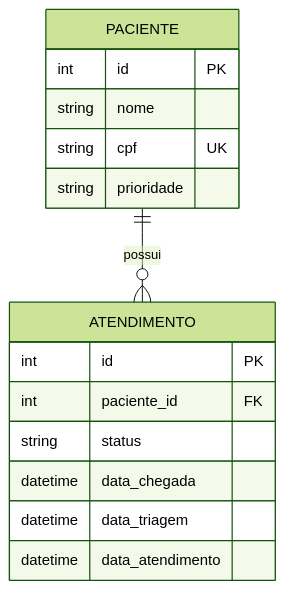
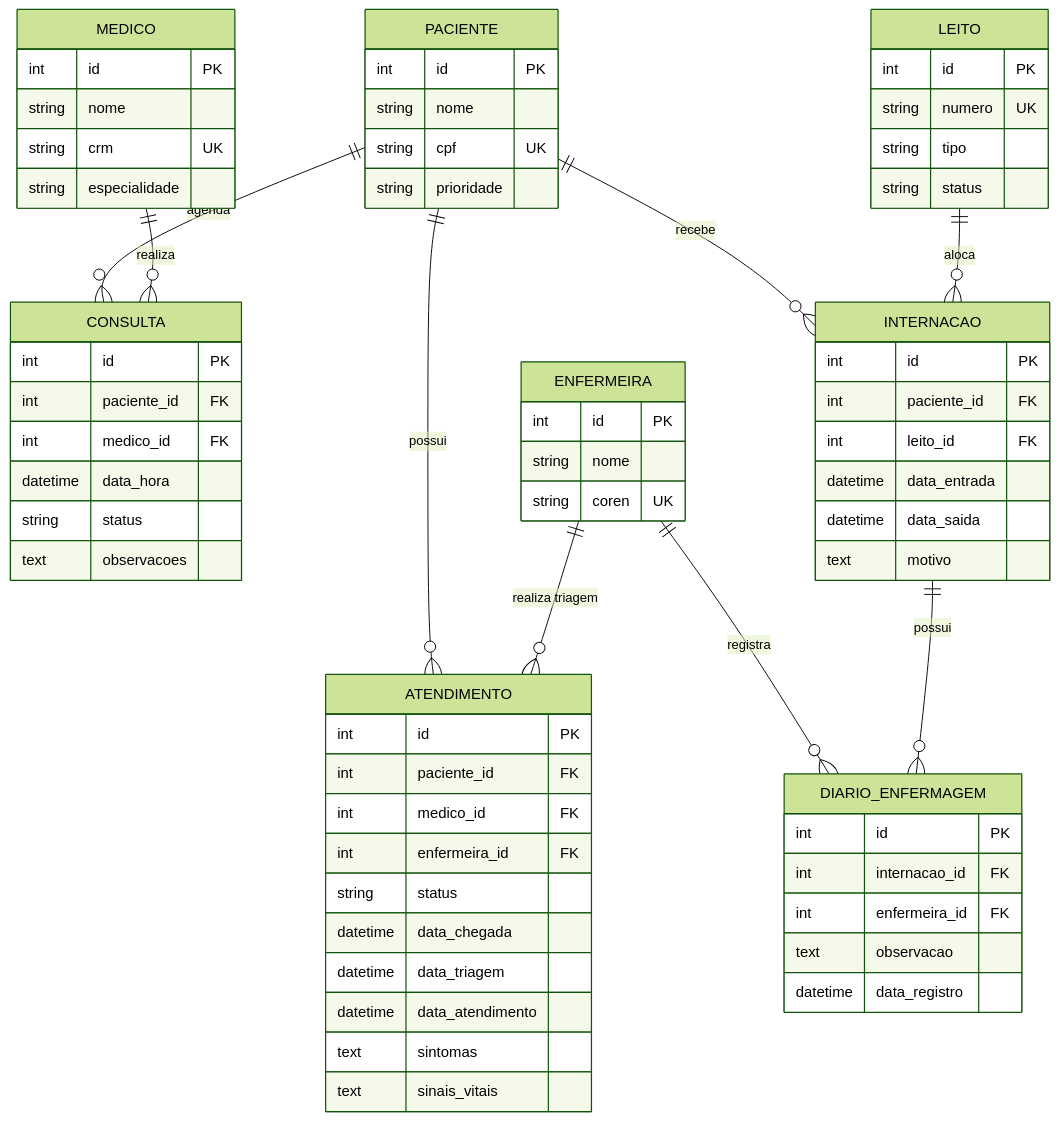
The diagram in MER_Diagrama.md (plfrancisco/Hospital_Atendimento), drawn with Mermaid (forest theme) before and after one commit. The commit also changed other lines of this file and 37 other files, not shown here.

````diff
--- a/MER_Diagrama.md
+++ b/MER_Diagrama.md
@@ -3,20 +3,77 @@
 ```mermaid
 erDiagram
     PACIENTE ||--o{ ATENDIMENTO : "possui"
+    PACIENTE ||--o{ CONSULTA : "agenda"
+    MEDICO ||--o{ CONSULTA : "realiza"
+    PACIENTE ||--o{ INTERNACAO : "recebe"
+    LEITO ||--o{ INTERNACAO : "aloca"
+    ENFERMEIRA ||--o{ ATENDIMENTO : "realiza triagem"
+    ENFERMEIRA ||--o{ DIARIO_ENFERMAGEM : "registra"
+    INTERNACAO ||--o{ DIARIO_ENFERMAGEM : "possui"
 
     PACIENTE {
         int id PK
         string nome
         string cpf UK
         string prioridade
     }
 
     ATENDIMENTO {
         int id PK
         int paciente_id FK
+        int medico_id FK
+        int enfermeira_id FK
         string status
         datetime data_chegada
         datetime data_triagem
         datetime data_atendimento
+        text sintomas
+        text sinais_vitais
+    }
+
+    MEDICO {
+        int id PK
+        string nome
+        string crm UK
+        string especialidade
+    }
+
+    ENFERMEIRA {
+        int id PK
+        string nome
+        string coren UK
+    }
+
+    CONSULTA {
+        int id PK
+        int paciente_id FK
+        int medico_id FK
+        datetime data_hora
+        string status
+        text observacoes
+    }
+
+    LEITO {
+        int id PK
+        string numero UK
+        string tipo
+        string status
+    }
+
+    INTERNACAO {
+        int id PK
+        int paciente_id FK
+        int leito_id FK
+        datetime data_entrada
+        datetime data_saida
+        text motivo
+    }
+
+    DIARIO_ENFERMAGEM {
+        int id PK
+        int internacao_id FK
+        int enfermeira_id FK
+        text observacao
+        datetime data_registro
     }
 ```
````
